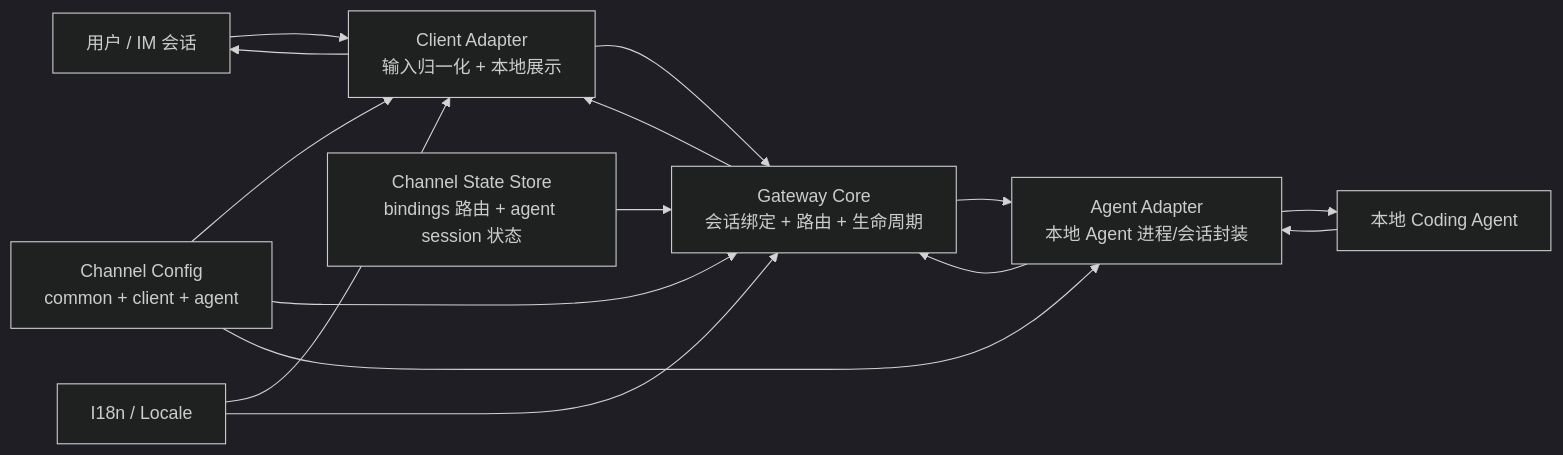
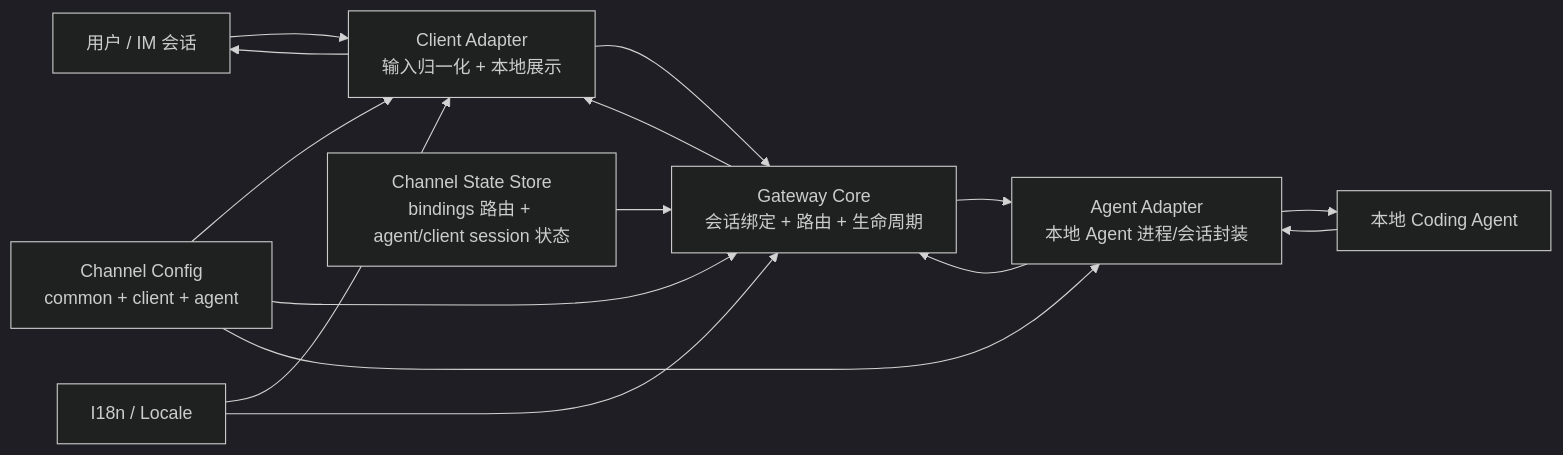
The diagram in docs/architecture-design.md (HoPGoldy/agent-bridge), drawn with Mermaid (dark theme) before and after one commit. The commit also changed other lines of this file and 36 other files, not shown here.

````diff
--- a/docs/architecture-design.md
+++ b/docs/architecture-design.md
@@ -14,20 +14,20 @@
 ```mermaid
 flowchart LR
     U[用户 / IM 会话] --> C[Client Adapter\n输入归一化 + 本地展示]
     C --> G[Gateway Core\n会话绑定 + 路由 + 生命周期]
     G --> A[Agent Adapter\n本地 Agent 进程/会话封装]
     A --> P[本地 Coding Agent]
 
     P --> A
     A --> G
     G --> C
     C --> U
 
     CFG[Channel Config\ncommon + client + agent] --> C
     CFG --> G
     CFG --> A
 
-    BIND[Channel State Store\nbindings 路由 + agent session 状态] --> G
+    BIND[Channel State Store\nbindings 路由 + agent/client session 状态] --> G
     I18N[I18n / Locale] --> C
     I18N --> G
 ```
````
